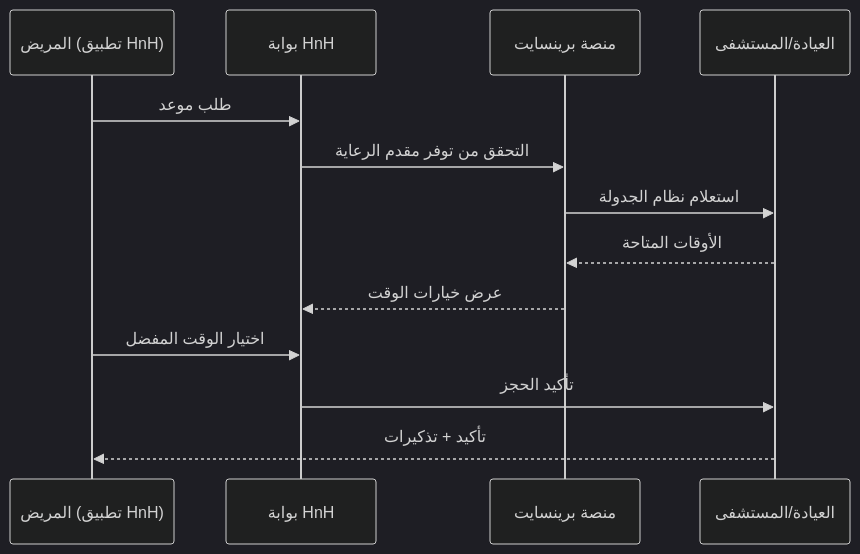
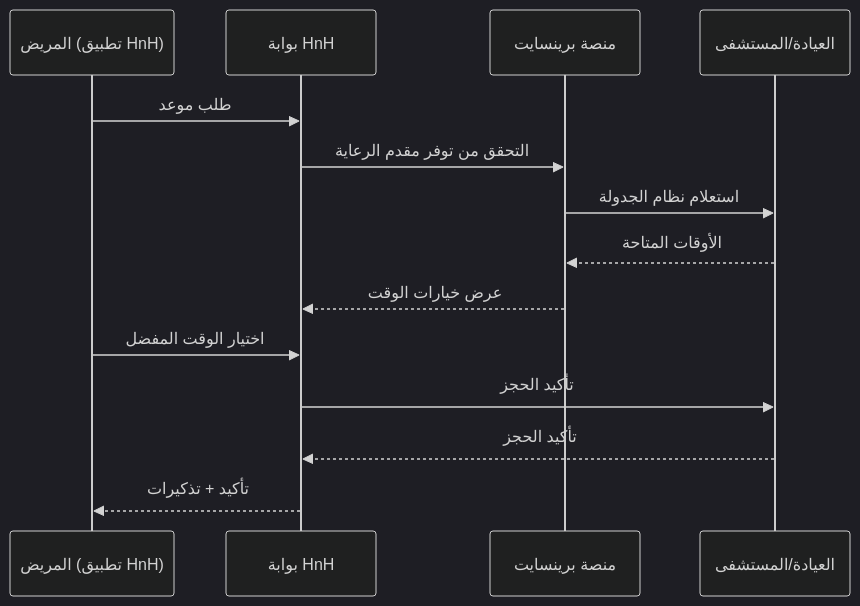
Before and after one commit to Fadil369/brainsait-docs: the diagram in docs/healthcare/platform/hnh_portal.ar.md, drawn with Mermaid (dark theme).

Commit message:
Potential fix for pull request finding

````diff
--- a/docs/healthcare/platform/hnh_portal.ar.md
+++ b/docs/healthcare/platform/hnh_portal.ar.md
@@ -37,16 +37,17 @@
 ```mermaid
 sequenceDiagram
     participant P as المريض (تطبيق HnH)
     participant HnH as بوابة HnH
     participant BS as منصة برينسايت
     participant Clinic as العيادة/المستشفى
 
     P->>HnH: طلب موعد
     HnH->>BS: التحقق من توفر مقدم الرعاية
     BS->>Clinic: استعلام نظام الجدولة
     Clinic-->>BS: الأوقات المتاحة
     BS-->>HnH: عرض خيارات الوقت
     P->>HnH: اختيار الوقت المفضل
     HnH->>Clinic: تأكيد الحجز
-    Clinic-->>P: تأكيد + تذكيرات
+    Clinic-->>HnH: تأكيد الحجز
+    HnH-->>P: تأكيد + تذكيرات
 ```
````
